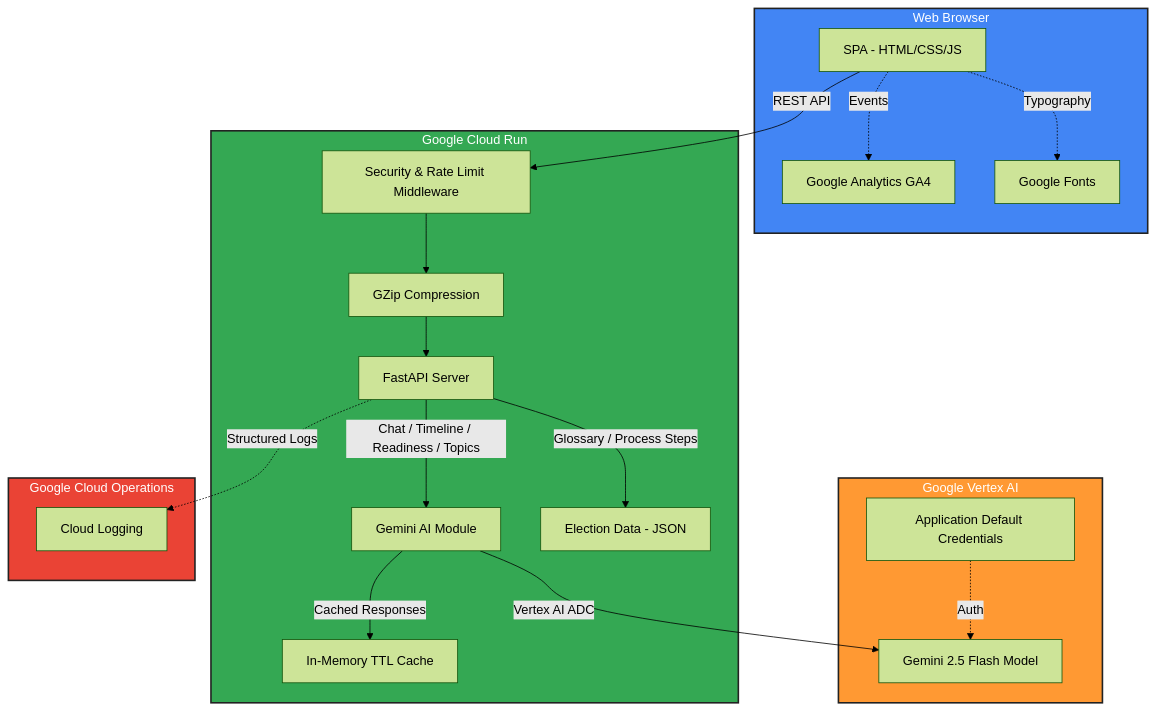
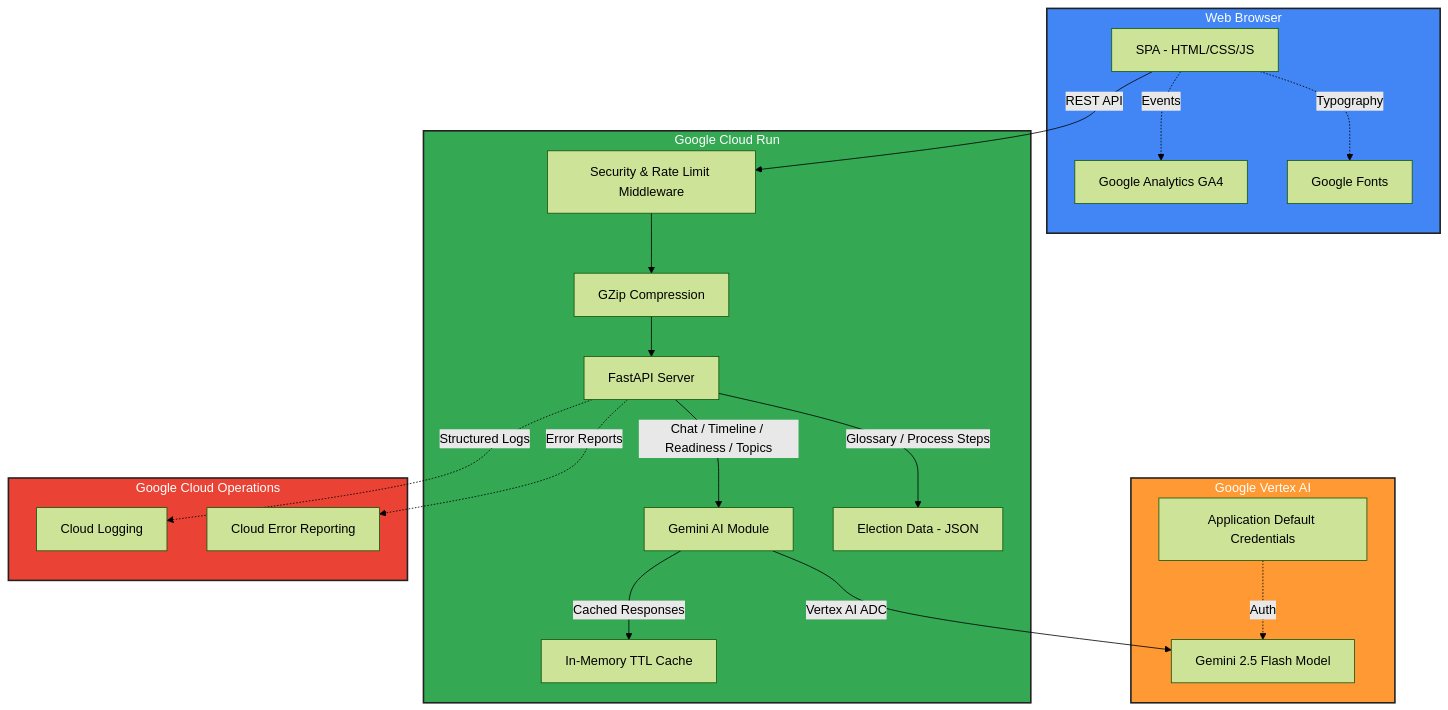
One commit to jkaliraj/civic_lens changed the diagram in README.md. Above: the diagram before and after it, drawn with Mermaid (forest theme). The commit also changed other lines of this file and 11 other files, not shown here.

First line of the commit message:
feat: add request ID tracing, error reporting, keyboard shortcuts, schema.org, accessibility

````diff
--- a/README.md
+++ b/README.md
@@ -16,43 +16,45 @@
 ```mermaid
 graph TB
     subgraph Client[Web Browser]
         UI[SPA - HTML/CSS/JS]
         GA[Google Analytics GA4]
         GF[Google Fonts]
     end
 
     subgraph CloudRun[Google Cloud Run]
         FE[FastAPI Server]
         MW[Security & Rate Limit Middleware]
         GZ[GZip Compression]
         CACHE[In-Memory TTL Cache]
         AI[Gemini AI Module]
         DATA[Election Data - JSON]
     end
 
     subgraph VertexAI[Google Vertex AI]
         GEMINI[Gemini 2.5 Flash Model]
         ADC[Application Default Credentials]
     end
 
     subgraph CloudOps[Google Cloud Operations]
         CL[Cloud Logging]
+        ER[Cloud Error Reporting]
     end
 
     UI -->|REST API| MW
     MW --> GZ
     GZ --> FE
     FE -->|Chat / Timeline / Readiness / Topics| AI
     FE -->|Glossary / Process Steps| DATA
     AI -->|Cached Responses| CACHE
     AI -->|Vertex AI ADC| GEMINI
     ADC -.->|Auth| GEMINI
     FE -.->|Structured Logs| CL
+    FE -.->|Error Reports| ER
     UI -.->|Events| GA
     UI -.->|Typography| GF
 
     style Client fill:#4285F4,stroke:#222,stroke-width:2px,color:#fff
     style CloudRun fill:#34A853,stroke:#222,stroke-width:2px,color:#fff
     style VertexAI fill:#FF9933,stroke:#222,stroke-width:2px,color:#fff
     style CloudOps fill:#EA4335,stroke:#222,stroke-width:2px,color:#fff
 ```
````
